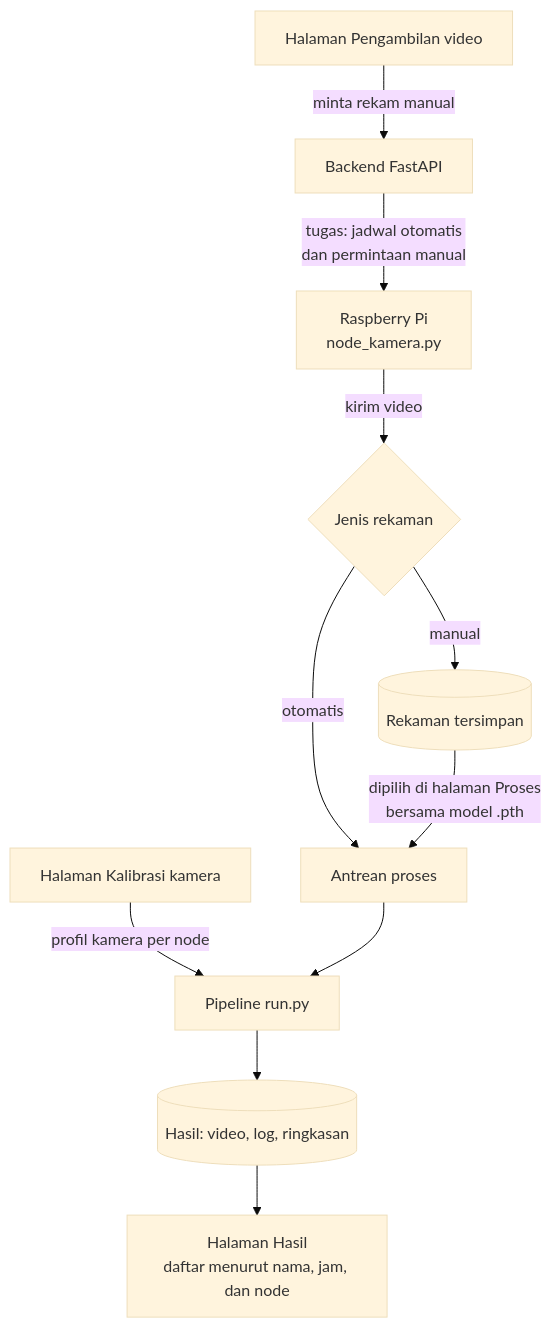
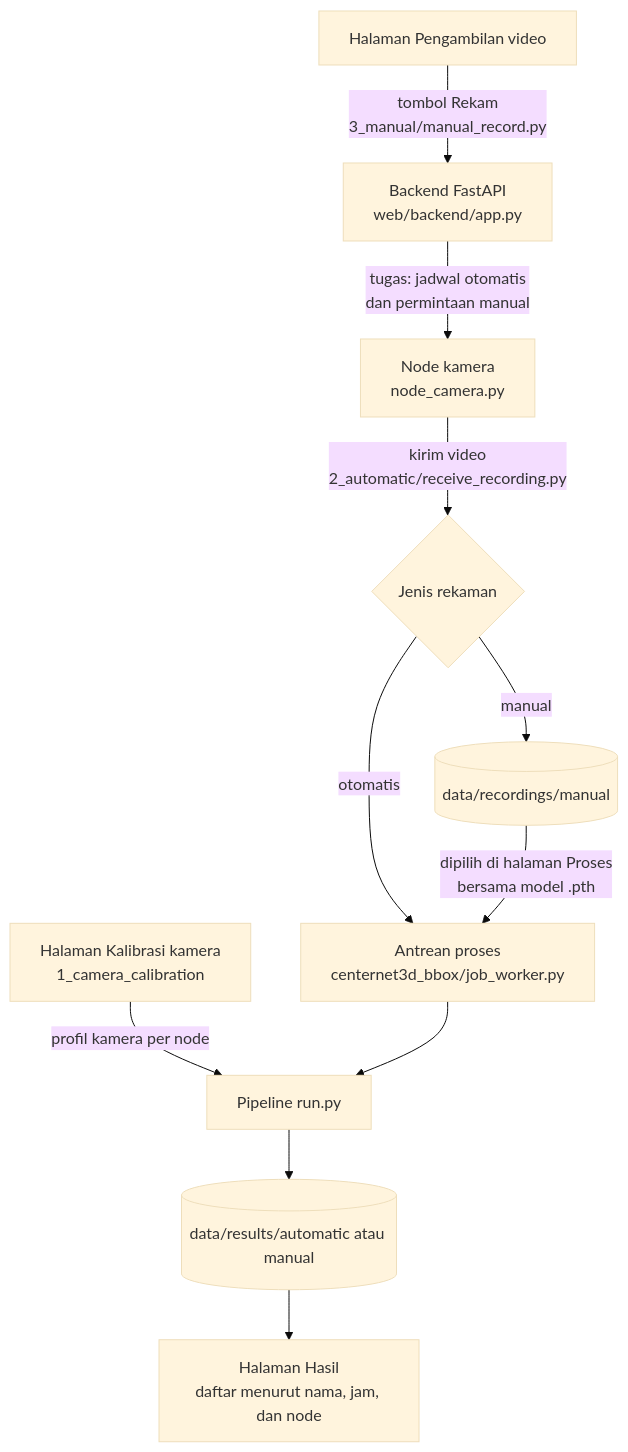
Before and after one commit to lenohutapea/3d-vehicle-detection-counting: the second of 2 diagrams in README.md, drawn with Mermaid (base theme). The commit also changed other lines of this file, not shown here.

````diff
--- a/README.md
+++ b/README.md
@@ -200,13 +173,13 @@
 ```mermaid
 flowchart TD
-    W1[Halaman Pengambilan video] -- minta rekam manual --> S1[Backend FastAPI]
-    S1 -- tugas: jadwal otomatis<br/>dan permintaan manual --> P[Raspberry Pi<br/>node_kamera.py]
-    P -- kirim video --> S2{Jenis rekaman}
-    S2 -- otomatis --> S3[Antrean proses]
-    S2 -- manual --> S4[(Rekaman tersimpan)]
+    W1[Halaman Pengambilan video] -- tombol Rekam<br/>3_manual/manual_record.py --> S1[Backend FastAPI<br/>web/backend/app.py]
+    S1 -- tugas: jadwal otomatis<br/>dan permintaan manual --> P[Node kamera<br/>node_camera.py]
+    P -- kirim video<br/>2_automatic/receive_recording.py --> S2{Jenis rekaman}
+    S2 -- otomatis --> S3[Antrean proses<br/>centernet3d_bbox/job_worker.py]
+    S2 -- manual --> S4[(data/recordings/manual)]
     S4 -- dipilih di halaman Proses<br/>bersama model .pth --> S3
-    W2[Halaman Kalibrasi kamera] -- profil kamera per node --> S5
+    W2[Halaman Kalibrasi kamera<br/>1_camera_calibration] -- profil kamera per node --> S5
     S3 --> S5[Pipeline run.py]
-    S5 --> S6[(Hasil: video, log, ringkasan)]
+    S5 --> S6[(data/results/automatic atau manual)]
     S6 --> W4[Halaman Hasil<br/>daftar menurut nama, jam, dan node]
 ```
````
